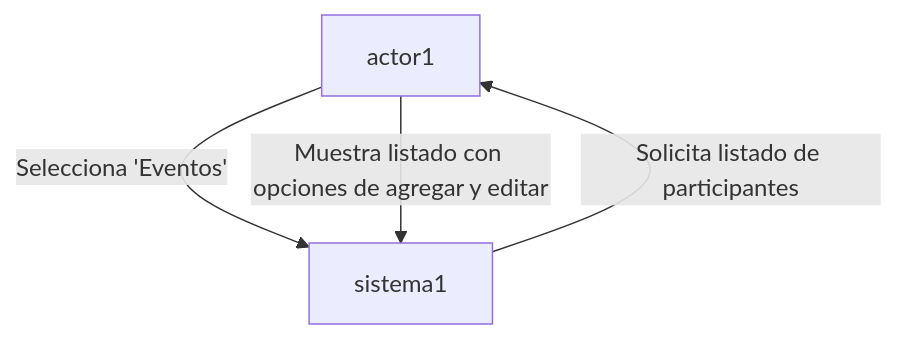
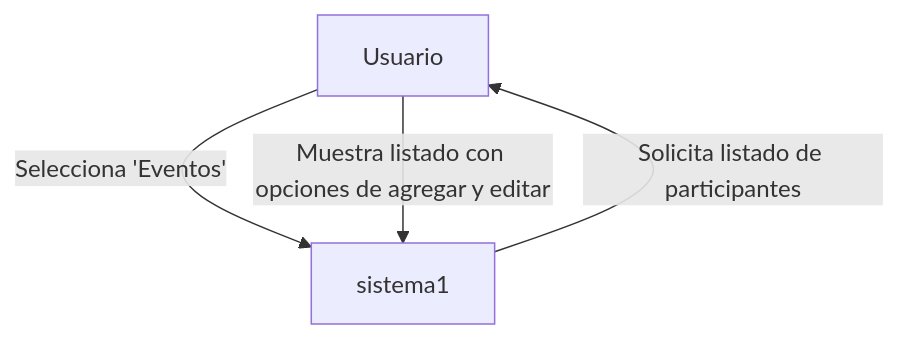
One commit to UPT-FAING-EPIS/proyecto-si8811a-2024-ii-u2-documentacion-lizarraga_arenas changed the ninth of 12 diagrams in README.md. Above: the diagram before and after it, drawn with Mermaid. The commit also changed other lines of this file, not shown here.

````diff
--- a/README.md
+++ b/README.md
@@ -224,6 +224,6 @@
 ```mermaid
 flowchart TD
-    actor1 -->|Selecciona 'Eventos'| sistema1
+    actor1[Usuario] -->|Selecciona 'Eventos'| sistema1
     sistema1 -->|Solicita listado de participantes| actor1
     actor1 -->|Muestra listado con opciones de agregar y editar| sistema1
 ```
````
